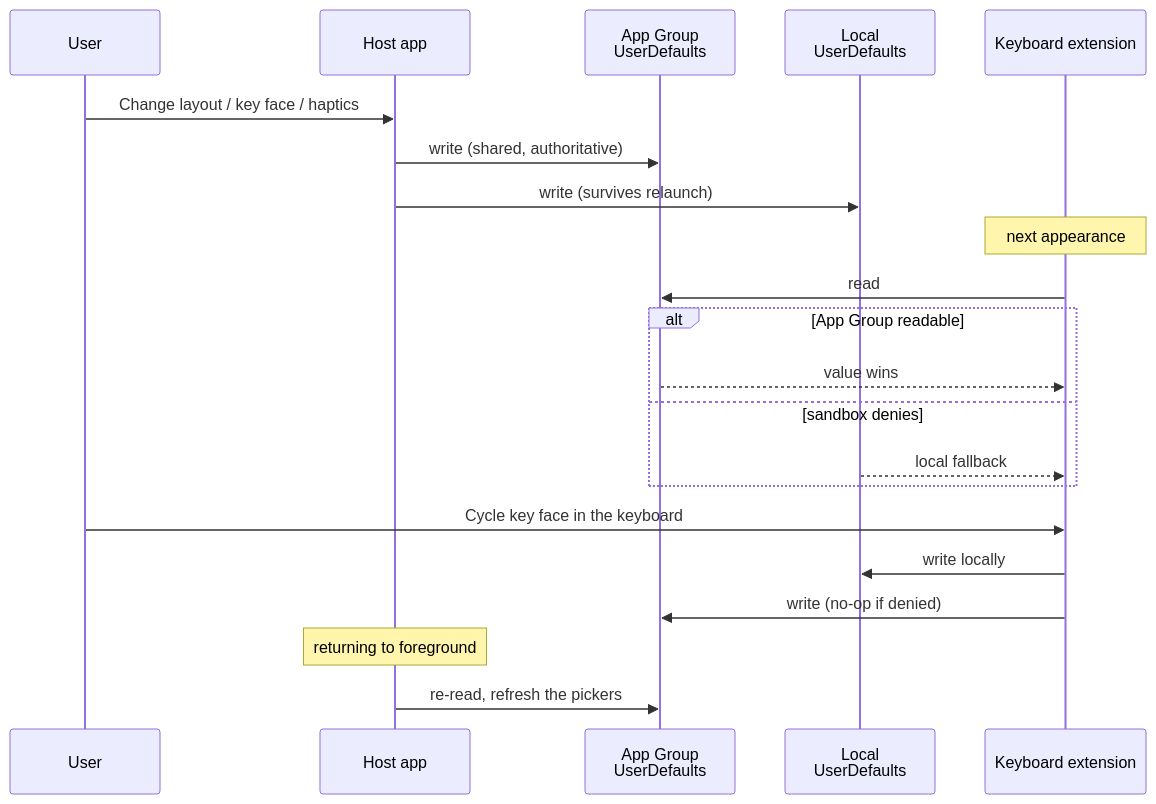
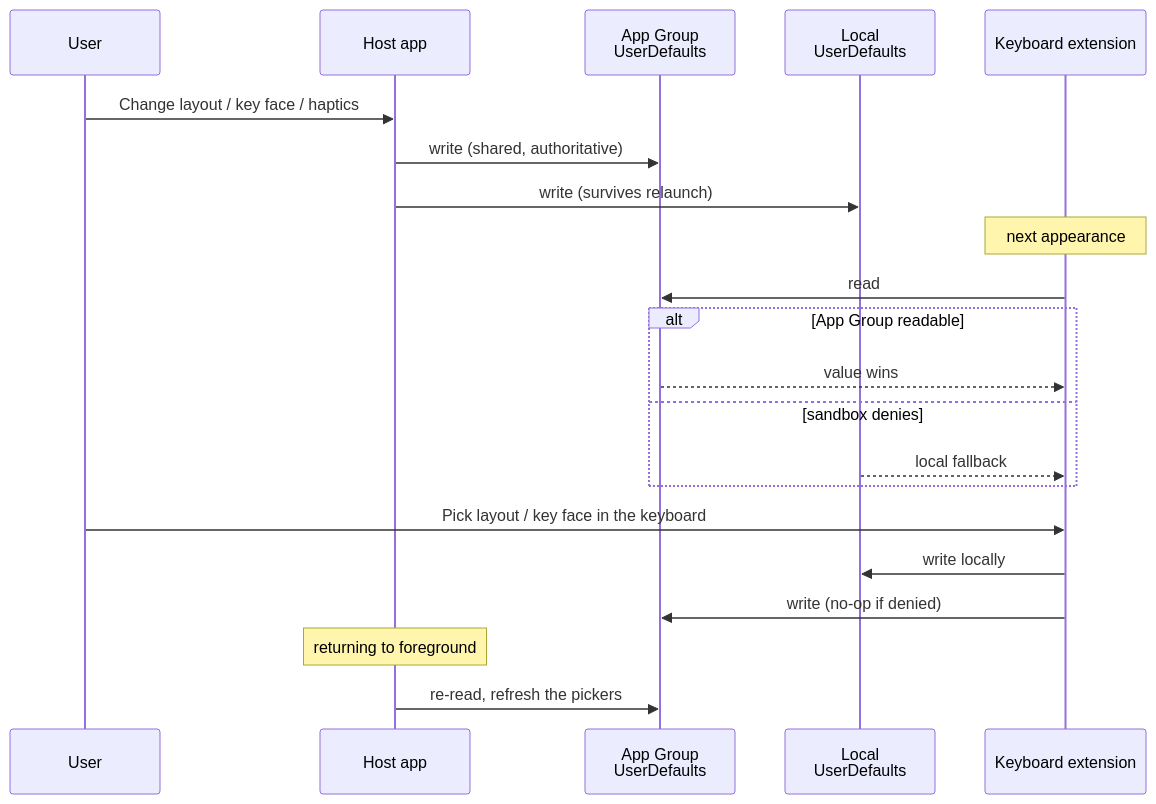
Before and after one commit to thechrisgrey/sleep-token-kb: the fourth of 4 diagrams in README.md, drawn with Mermaid. The commit also changed other lines of this file and 1 other file, not shown here.

````diff
--- a/README.md
+++ b/README.md
@@ -339,24 +381,24 @@
 ```mermaid
 sequenceDiagram
     participant U as User
     participant H as Host app
     participant G as App Group<br/>UserDefaults
     participant L as Local<br/>UserDefaults
     participant K as Keyboard extension
 
     U->>H: Change layout / key face / haptics
     H->>G: write (shared, authoritative)
     H->>L: write (survives relaunch)
     Note over K: next appearance
     K->>G: read
     alt App Group readable
         G-->>K: value wins
     else sandbox denies
         L-->>K: local fallback
     end
-    U->>K: Cycle key face in the keyboard
+    U->>K: Pick layout / key face in the keyboard
     K->>L: write locally
     K->>G: write (no-op if denied)
     Note over H: returning to foreground
     H->>G: re-read, refresh the pickers
 ```
````
